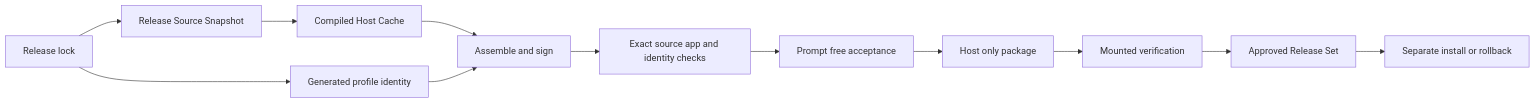
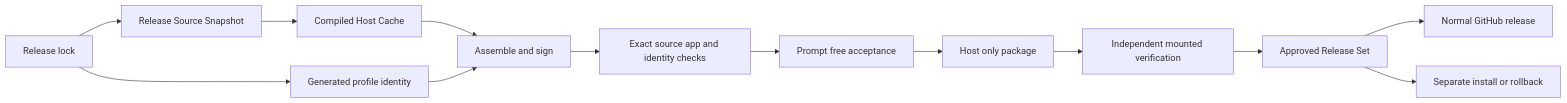
One commit to alexwck/dbcode-wrapper changed the diagram in wiki/architecture/release-trust-and-compatibility.md. Above: the diagram before and after it, drawn with Mermaid. The commit also changed other lines of this file and 16 other files, not shown here.

Commit message:
docs(wiki): document normal host release

````diff
--- a/wiki/architecture/release-trust-and-compatibility.md
+++ b/wiki/architecture/release-trust-and-compatibility.md
@@ -22,14 +22,15 @@
 ```mermaid
 flowchart LR
   L[Release lock] --> S[Release Source Snapshot]
   S --> C[Compiled Host Cache]
   L --> I[Generated profile identity]
   C --> A[Assemble and sign]
   I --> A
   A --> E[Exact source app and identity checks]
   E --> R[Prompt free acceptance]
   R --> K[Host only package]
-  K --> V[Mounted verification]
+  K --> V[Independent mounted verification]
   V --> P[Approved Release Set]
+  P --> G[Normal GitHub release]
   P --> X[Separate install or rollback]
 ```
````
